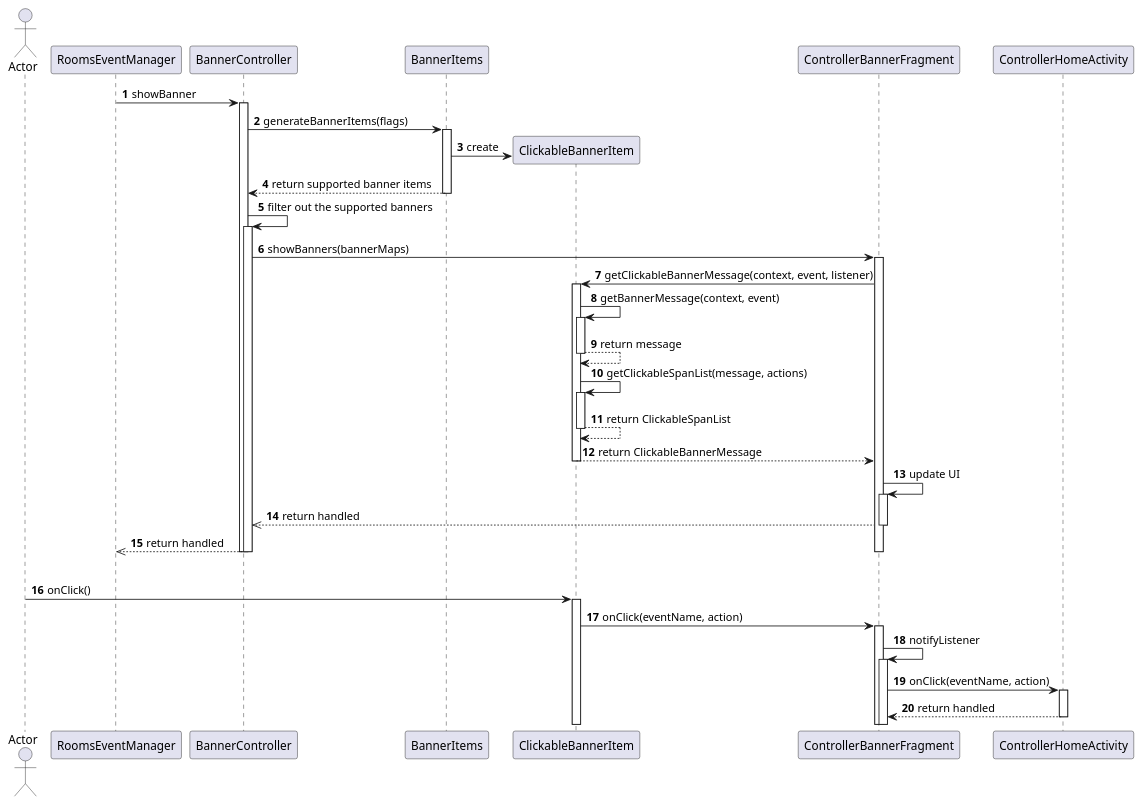
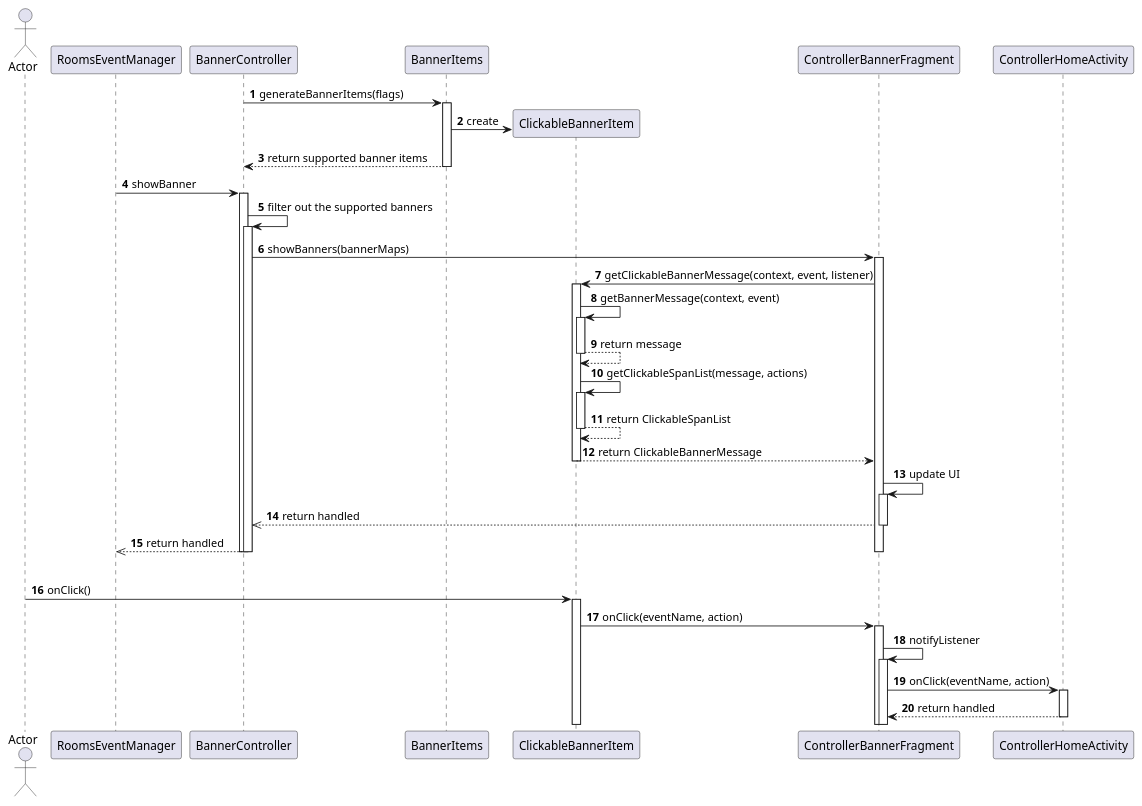
The diagram in uml/event/ClickableBannerSequenceDiagram.puml (DarkSherlock/PlantUML), drawn with PlantUML before and after one commit. The commit also changed 3 other files, not shown here.

Commit message:
update events diagram

```diff
--- a/uml/event/ClickableBannerSequenceDiagram.puml
+++ b/uml/event/ClickableBannerSequenceDiagram.puml
@@ -1,34 +1,37 @@
 @startuml
 'https://plantuml.com/sequence-diagram
 
 autonumber
 
 actor Actor
+participant RoomsEventManager order 0
 autoactivate on
-
-RoomsEventManager -> BannerController: showBanner
 
 BannerController -> BannerItems: generateBannerItems(flags)
 BannerItems -> ClickableBannerItem **: create
 return return supported banner items
+
+RoomsEventManager -> BannerController: showBanner
+
+
 BannerController -> BannerController: filter out the supported banners
 BannerController -> ControllerBannerFragment: showBanners(bannerMaps)
 
 ControllerBannerFragment -> ClickableBannerItem: getClickableBannerMessage(context, event, listener)
 ClickableBannerItem -> ClickableBannerItem: getBannerMessage(context, event)
 return return message
 ClickableBannerItem -> ClickableBannerItem : getClickableSpanList(message, actions)
 return return ClickableSpanList
 return return ClickableBannerMessage
 ControllerBannerFragment -> ControllerBannerFragment: update UI
 ControllerBannerFragment -->> BannerController: return handled
 BannerController -->> RoomsEventManager: return handled
 deactivate BannerController
 deactivate ControllerBannerFragment
 |||
 Actor -> ClickableBannerItem: onClick()
 ClickableBannerItem -> ControllerBannerFragment: onClick(eventName, action)
 ControllerBannerFragment -> ControllerBannerFragment: notifyListener
 ControllerBannerFragment -> ControllerHomeActivity: onClick(eventName, action)
 return return handled
 @enduml
```
